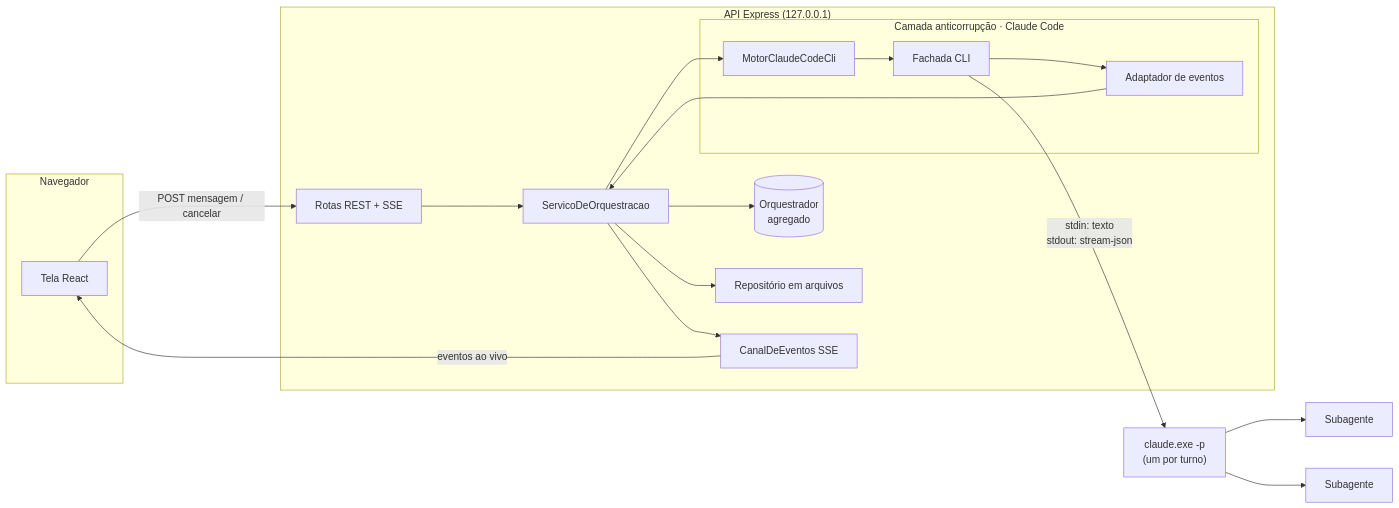
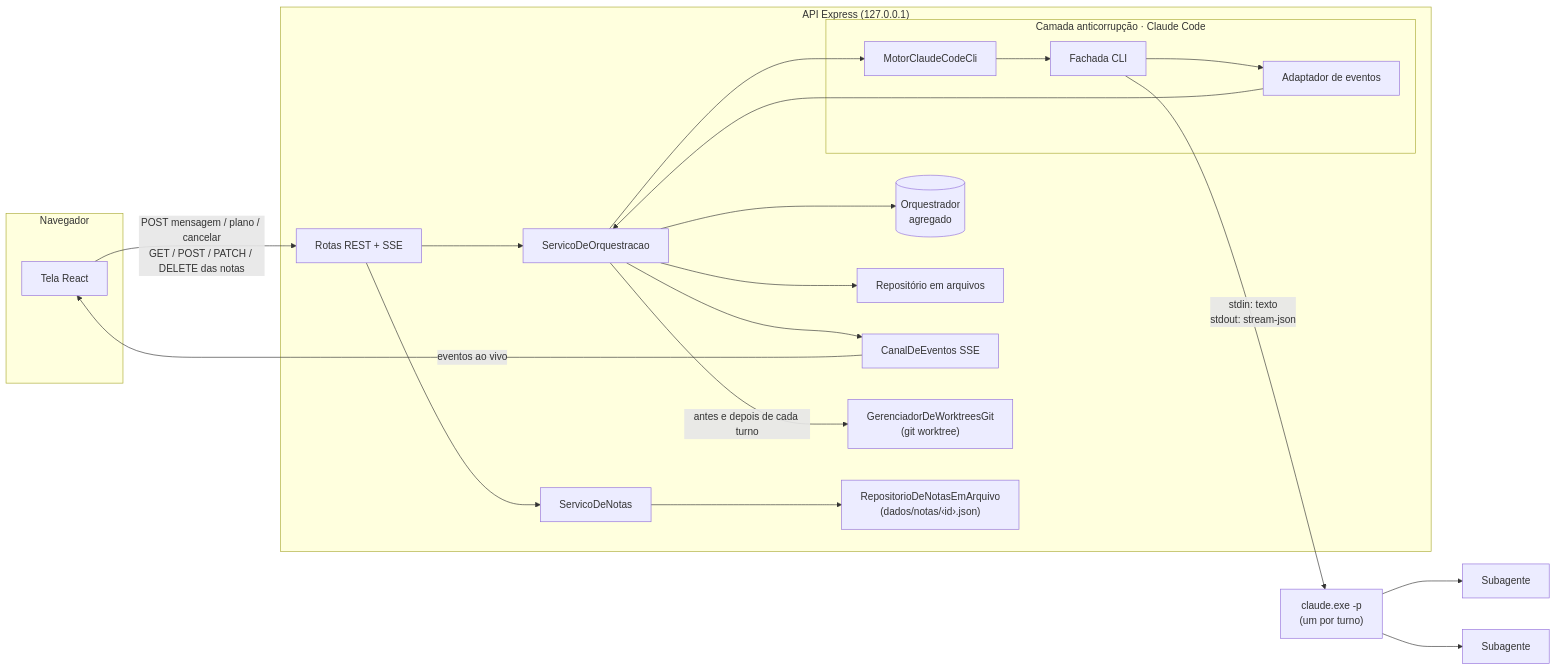
The first of 2 diagrams in README.md (Le3Dev/orquestrador-app), drawn with Mermaid before and after one commit. The commit also changed other lines of this file, not shown here.

First line of the commit message:
docs: README com Plan Mode, commit e push, esforço, notas e ADRs 9 a 13

````diff
--- a/README.md
+++ b/README.md
@@ -80,31 +103,36 @@
 ```mermaid
 flowchart LR
   subgraph Navegador
     T[Tela React]
   end
   subgraph API["API Express (127.0.0.1)"]
     R[Rotas REST + SSE]
     S[ServicoDeOrquestracao]
     O[(Orquestrador<br/>agregado)]
     Rep[Repositório em arquivos]
     C[CanalDeEventos SSE]
+    W["GerenciadorDeWorktreesGit<br/>(git worktree)"]
+    SN[ServicoDeNotas]
+    RN["RepositorioDeNotasEmArquivo<br/>(dados/notas/‹id›.json)"]
     subgraph ACL["Camada anticorrupção · Claude Code"]
       M[MotorClaudeCodeCli]
       A[Adaptador de eventos]
       F[Fachada CLI]
     end
   end
   CC["claude.exe -p<br/>(um por turno)"]
   SA1[Subagente]
   SA2[Subagente]
 
-  T -- POST mensagem / cancelar --> R
+  T -- POST mensagem / plano / cancelar<br/>GET / POST / PATCH / DELETE das notas --> R
   C -- eventos ao vivo --> T
   R --> S --> O
+  R --> SN --> RN
   S --> Rep
   S --> C
+  S -- antes e depois de cada turno --> W
   S --> M --> F -- stdin: texto<br/>stdout: stream-json --> CC
   F --> A --> S
   CC --> SA1
   CC --> SA2
 ```
````
